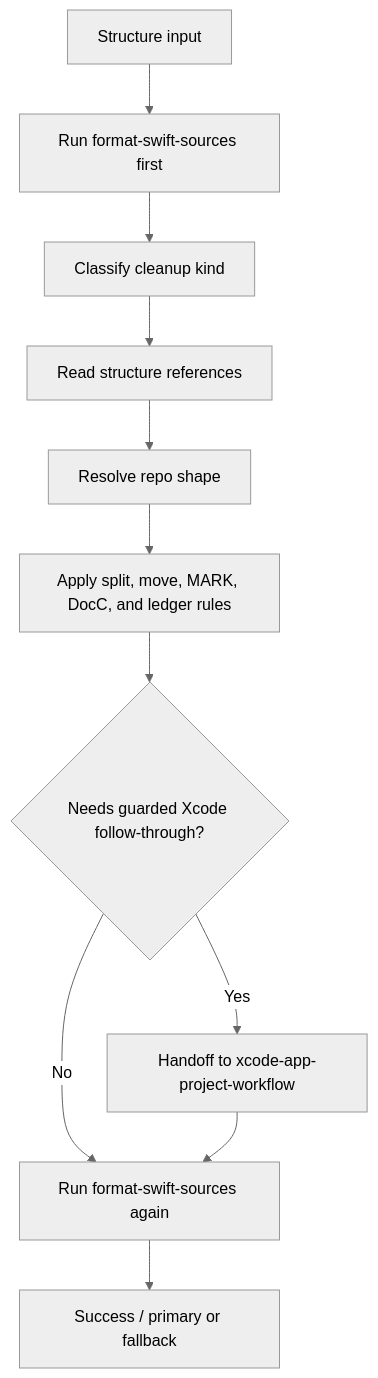
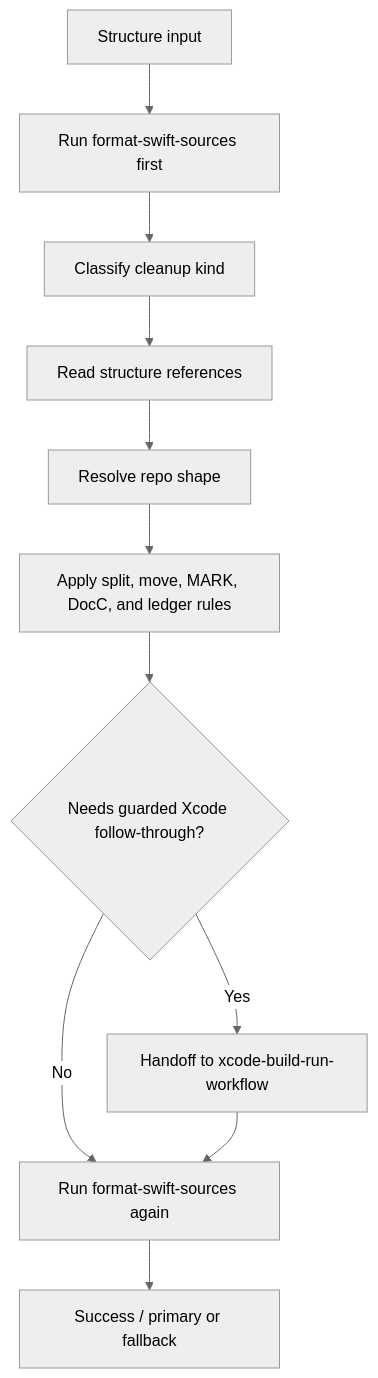
One commit to gaelic-ghost/apple-dev-skills changed the eighth of 12 diagrams in docs/maintainers/workflow-atlas.md. Above: the diagram before and after it, drawn with Mermaid (neutral theme). The commit also changed other lines of this file and 109 other files, not shown here.

Commit message:
Split Xcode workflow by execution concern

````diff
--- a/docs/maintainers/workflow-atlas.md
+++ b/docs/maintainers/workflow-atlas.md
@@ -508,13 +553,13 @@
 ```mermaid
 flowchart TD
     I["Structure input"] --> F1["Run format-swift-sources first"]
     F1 --> C["Classify cleanup kind"]
     C --> R["Read structure references"]
     R --> SHAPE["Resolve repo shape"]
     SHAPE --> WORK["Apply split, move, MARK, DocC, and ledger rules"]
     WORK --> X{"Needs guarded Xcode follow-through?"}
-    X -->|Yes| H["Handoff to xcode-app-project-workflow"]
+    X -->|Yes| H["Handoff to xcode-build-run-workflow"]
     X -->|No| F2["Run format-swift-sources again"]
     H --> F2
     F2 --> OUT["Success / primary or fallback"]
 ```
````
